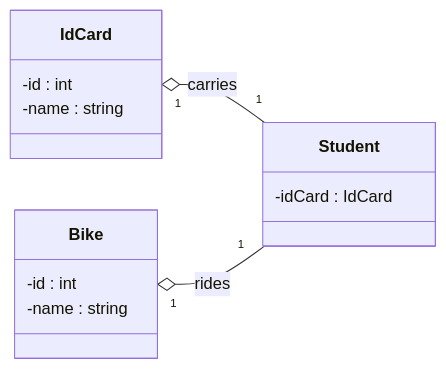
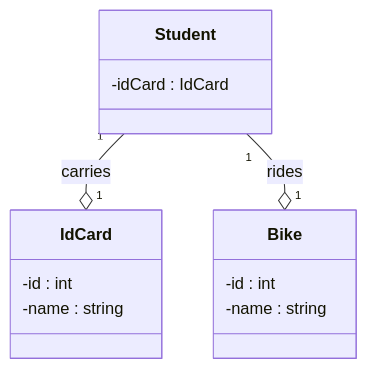
One commit to Syxsaran/ReportSalesCoffee changed the diagram in README.md. Above: the diagram before and after it, drawn with Mermaid.

````diff
--- a/README.md
+++ b/README.md
@@ -11,17 +11,17 @@
 ```mermaid
 classDiagram
-  direction RL
+  flowchart LR
   class Student {
     -idCard : IdCard
   }
   class IdCard{
     -id : int
     -name : string
   }
   class Bike{
     -id : int
     -name : string
   }
   Student "1" --o "1" IdCard : carries
   Student "1" --o "1" Bike : rides
 ```
````
